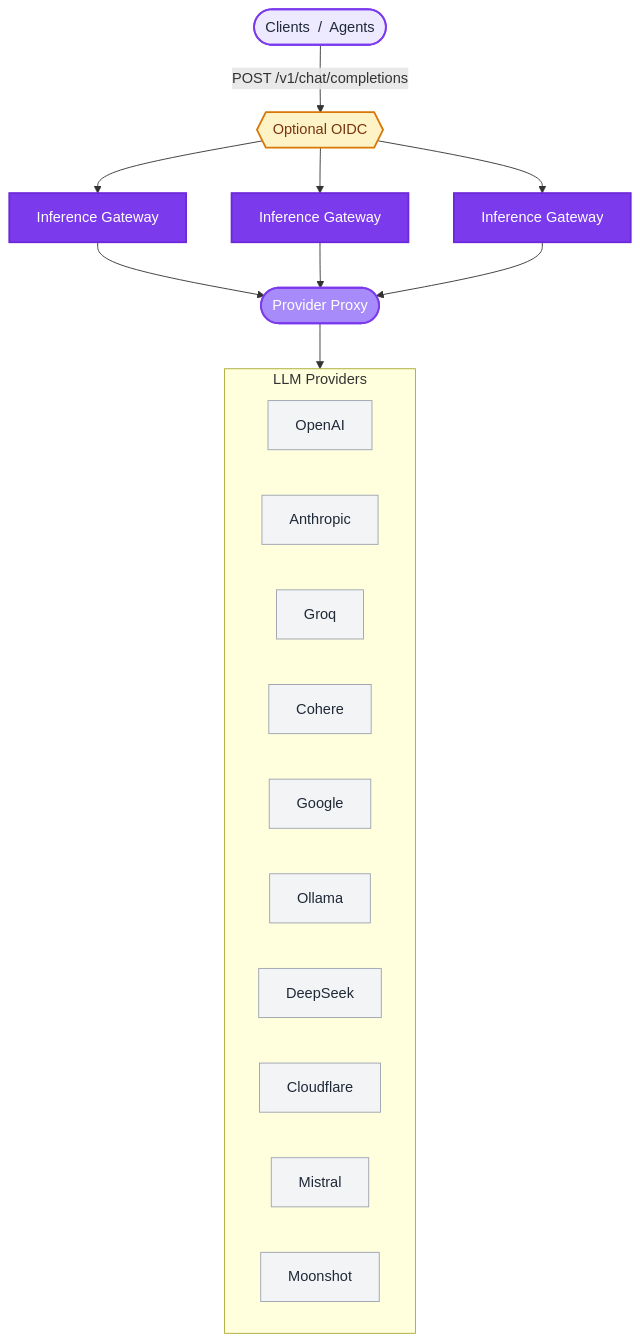
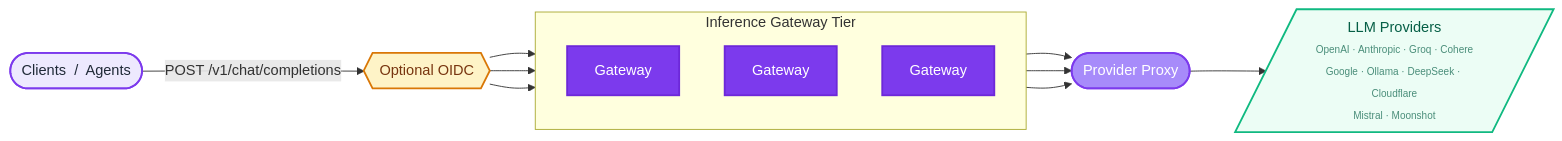
Before and after one commit to inference-gateway/docs: the first of 2 diagrams in architecture-overview.md, drawn with Mermaid. The commit also changed other lines of this file, not shown here.

First line of the commit message:
fix(docs): Stop stacking providers - use trapezoid + LR layout

````diff
--- a/architecture-overview.md
+++ b/architecture-overview.md
@@ -14,44 +14,36 @@
 ```mermaid
-flowchart TD
+flowchart LR
     Client(["Clients &nbsp;/&nbsp; Agents"])
+    Auth{{"Optional OIDC"}}
+    Proxy(["Provider Proxy"])
+    Providers[/"LLM Providers<br/><span style='font-size:11px;opacity:0.7'>OpenAI · Anthropic · Groq · Cohere<br/>Google · Ollama · DeepSeek · Cloudflare<br/>Mistral · Moonshot"</span>/]
+
     Client -- "POST /v1/chat/completions" --> Auth
-    Auth{{"Optional OIDC"}}
+
+    subgraph GatewayTier["Inference Gateway Tier"]
+        direction TB
+        GW1["Gateway"]
+        GW2["Gateway"]
+        GW3["Gateway"]
+    end
+
     Auth --> GW1
     Auth --> GW2
     Auth --> GW3
-    GW1["Inference Gateway"]
-    GW2["Inference Gateway"]
-    GW3["Inference Gateway"]
     GW1 --> Proxy
     GW2 --> Proxy
     GW3 --> Proxy
-    Proxy(["Provider Proxy"])
-
-    subgraph Providers["LLM Providers"]
-        direction LR
-        OpenAI["OpenAI"]
-        Anthropic["Anthropic"]
-        Groq["Groq"]
-        Cohere["Cohere"]
-        Google["Google"]
-        Ollama["Ollama"]
-        DeepSeek["DeepSeek"]
-        Cloudflare["Cloudflare"]
-        Mistral["Mistral"]
-        Moonshot["Moonshot"]
-    end
-
     Proxy --> Providers
 
     classDef client fill:#ede9fe,stroke:#7c3aed,stroke-width:2px,color:#1f2937
     classDef auth fill:#fef3c7,stroke:#d97706,stroke-width:2px,color:#78350f
     classDef gateway fill:#7c3aed,stroke:#6d28d9,stroke-width:2px,color:#ffffff
     classDef proxy fill:#a78bfa,stroke:#7c3aed,stroke-width:2px,color:#ffffff
-    classDef provider fill:#f3f4f6,stroke:#9ca3af,stroke-width:1px,color:#1f2937
+    classDef provider fill:#ecfdf5,stroke:#10b981,stroke-width:2px,color:#065f46
 
     class Client client
     class Auth auth
     class GW1,GW2,GW3 gateway
     class Proxy proxy
-    class OpenAI,Anthropic,Groq,Cohere,Google,Ollama,DeepSeek,Cloudflare,Mistral,Moonshot provider
+    class Providers provider
 ```
````
